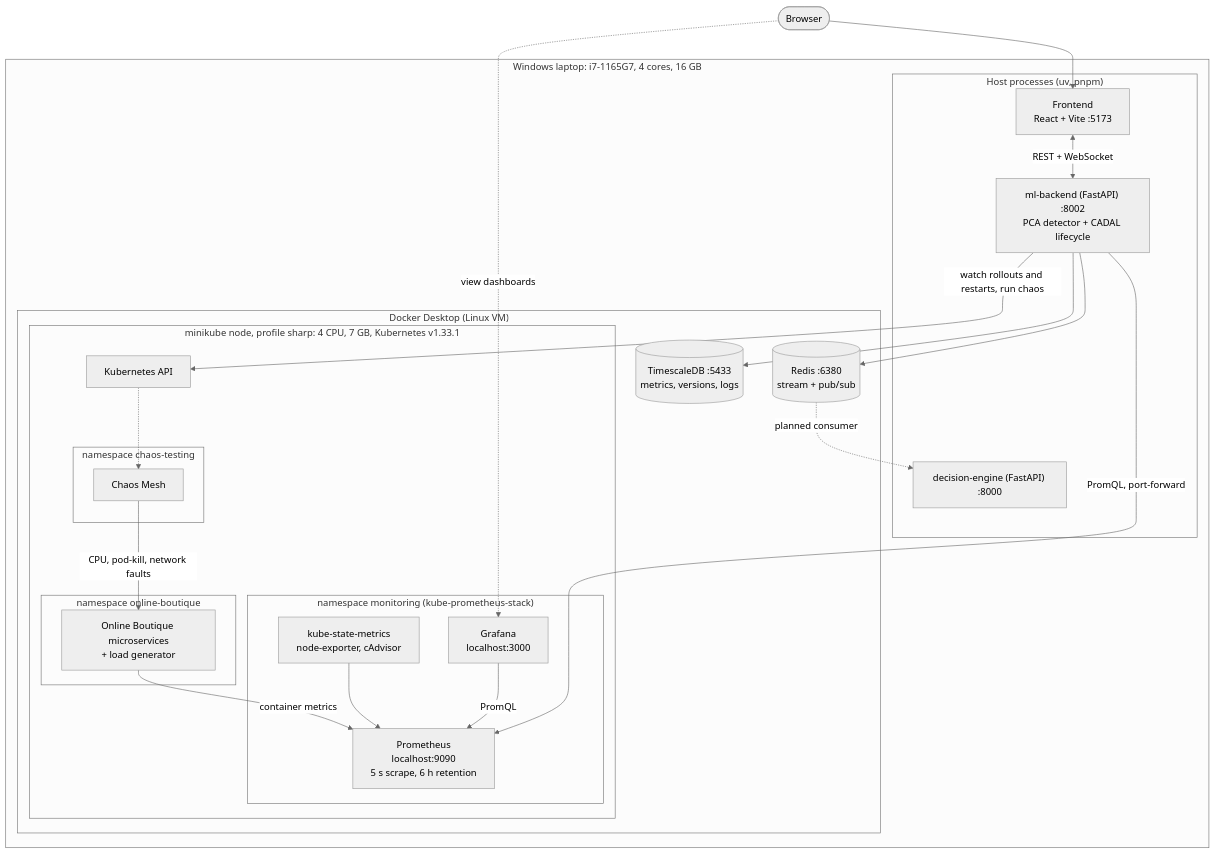
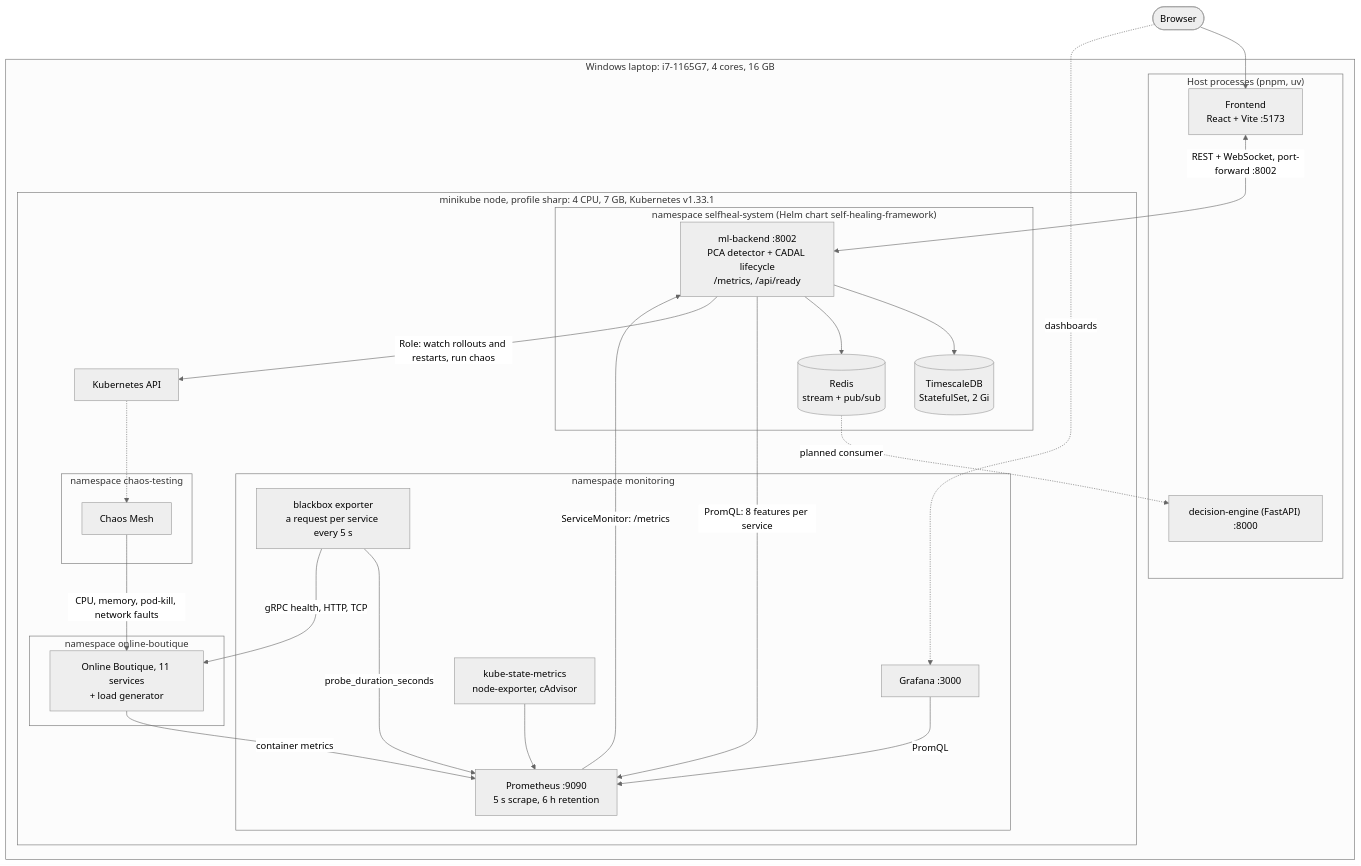
Before and after one commit to SHARPResearch/self-healing-framework: the diagram in README.md, drawn with Mermaid (neutral theme). The commit also changed other lines of this file, not shown here.

Commit message:
doc: describe the in-cluster deployment, probes, metrics and CI in the README

````diff
--- a/README.md
+++ b/README.md
@@ -15,46 +17,49 @@
 ```mermaid
 flowchart TB
     browser([Browser])
 
     subgraph laptop["Windows laptop: i7-1165G7, 4 cores, 16 GB"]
-        subgraph host["Host processes (uv, pnpm)"]
+        subgraph host["Host processes (pnpm, uv)"]
             fe["Frontend<br/>React + Vite :5173"]
-            mlb["ml-backend (FastAPI) :8002<br/>PCA detector + CADAL lifecycle"]
             de["decision-engine (FastAPI) :8000"]
         end
 
-        subgraph docker["Docker Desktop (Linux VM)"]
-            ts[("TimescaleDB :5433<br/>metrics, versions, logs")]
-            rd[("Redis :6380<br/>stream + pub/sub")]
-
-            subgraph mk["minikube node, profile sharp: 4 CPU, 7 GB, Kubernetes v1.33.1"]
-                subgraph nsmon["namespace monitoring (kube-prometheus-stack)"]
-                    gf["Grafana<br/>localhost:3000"]
-                    prom["Prometheus<br/>localhost:9090<br/>5 s scrape, 6 h retention"]
-                    ksm["kube-state-metrics<br/>node-exporter, cAdvisor"]
-                end
-                subgraph nsob["namespace online-boutique"]
-                    ob["Online Boutique microservices<br/>+ load generator"]
-                end
-                subgraph nschaos["namespace chaos-testing"]
-                    cm["Chaos Mesh"]
-                end
-                kapi["Kubernetes API"]
+        subgraph mk["minikube node, profile sharp: 4 CPU, 7 GB, Kubernetes v1.33.1"]
+            subgraph nssh["namespace selfheal-system (Helm chart self-healing-framework)"]
+                mlb["ml-backend :8002<br/>PCA detector + CADAL lifecycle<br/>/metrics, /api/ready"]
+                ts[("TimescaleDB<br/>StatefulSet, 2 Gi")]
+                rd[("Redis<br/>stream + pub/sub")]
             end
+            subgraph nsmon["namespace monitoring"]
+                prom["Prometheus :9090<br/>5 s scrape, 6 h retention"]
+                gf["Grafana :3000"]
+                ksm["kube-state-metrics<br/>node-exporter, cAdvisor"]
+                bb["blackbox exporter<br/>a request per service every 5 s"]
+            end
+            subgraph nsob["namespace online-boutique"]
+                ob["Online Boutique, 11 services<br/>+ load generator"]
+            end
+            subgraph nschaos["namespace chaos-testing"]
+                cm["Chaos Mesh"]
+            end
+            kapi["Kubernetes API"]
         end
     end
 
     browser --> fe
-    browser -.->|view dashboards| gf
-    fe <-->|REST + WebSocket| mlb
+    browser -.->|dashboards| gf
+    fe <-->|REST + WebSocket, port-forward :8002| mlb
     mlb --> ts
     mlb --> rd
     rd -.->|planned consumer| de
-    mlb -->|PromQL, port-forward| prom
-    mlb -->|watch rollouts and restarts, run chaos| kapi
+    mlb -->|PromQL: 8 features per service| prom
+    prom -->|ServiceMonitor: /metrics| mlb
+    mlb -->|Role: watch rollouts and restarts, run chaos| kapi
     gf -->|PromQL| prom
     ksm --> prom
+    bb -->|probe_duration_seconds| prom
+    bb -->|gRPC health, HTTP, TCP| ob
     ob -->|container metrics| prom
-    cm -->|CPU, pod-kill, network faults| ob
+    cm -->|CPU, memory, pod-kill, network faults| ob
     kapi -.-> cm
 ```
````
